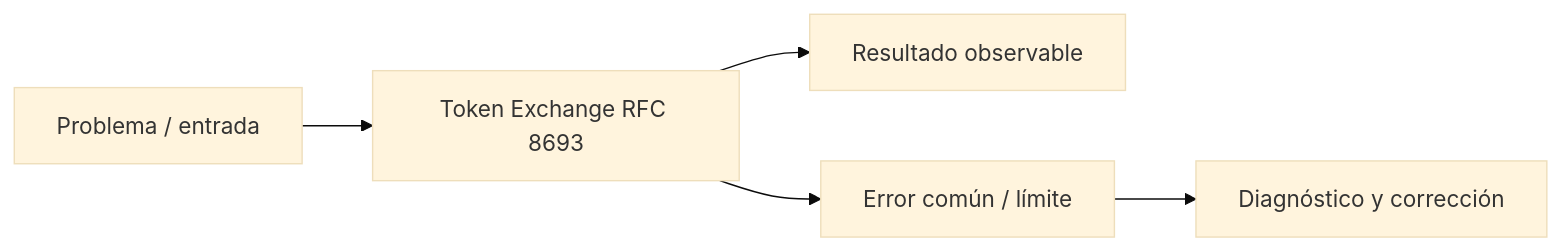
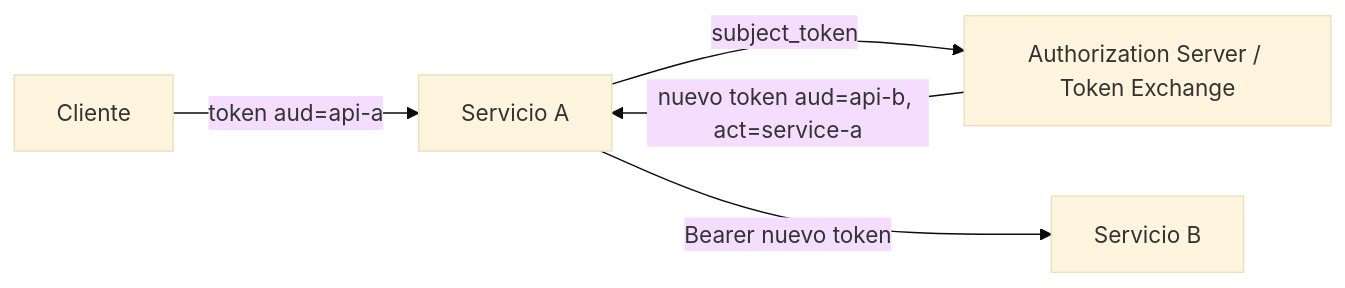
One commit to NICORUIZ93/The_Imperial_Book changed the diagram in docs/cursos/springboot-microservicios-desde-cero/fichas/m09-l07-token-exchange-rfc-8693.md. Above: the diagram before and after it, drawn with Mermaid (base theme). The commit also changed other lines of this file and 119 other files, not shown here.

````diff
--- a/docs/cursos/springboot-microservicios-desde-cero/fichas/m09-l07-token-exchange-rfc-8693.md
+++ b/docs/cursos/springboot-microservicios-desde-cero/fichas/m09-l07-token-exchange-rfc-8693.md
@@ -19,7 +26,7 @@
 ```mermaid
 flowchart LR
-  A[Problema / entrada] --> B[Token Exchange RFC 8693]
-  B --> C[Resultado observable]
-  B --> D[Error común / límite]
-  D --> E[Diagnóstico y corrección]
+  C[Cliente] -->|token aud=api-a| A[Servicio A]
+  A -->|subject_token| AS[Authorization Server / Token Exchange]
+  AS -->|nuevo token aud=api-b, act=service-a| A
+  A -->|Bearer nuevo token| B[Servicio B]
 ```
````
